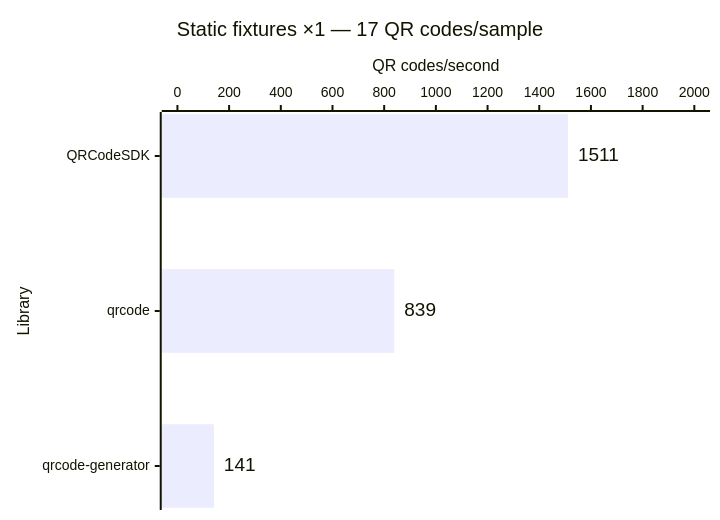
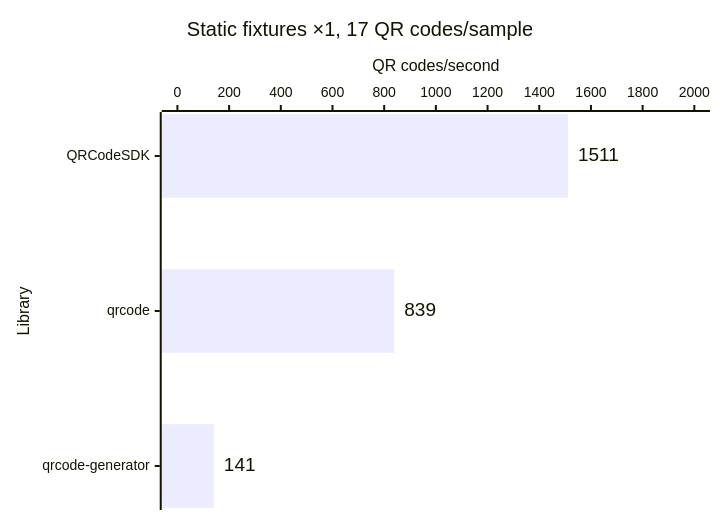
One commit to Dafnik/qrcodesdk changed the fifth of 14 diagrams in apps/docs/src/content/docs/learn/performance.md. Above: the diagram before and after it, drawn with Mermaid. The commit also changed other lines of this file and 86 other files, not shown here.

````diff
--- a/apps/docs/src/content/docs/learn/performance.md
+++ b/apps/docs/src/content/docs/learn/performance.md
@@ -115,15 +115,15 @@
 ```mermaid
 ---
 config:
   xyChart:
     showDataLabel: true
     showDataLabelOutsideBar: true
 ---
 xychart horizontal
-  accTitle: Automatic matrix generation: Static fixtures ×1 — 17 QR codes/sample
+  accTitle: Automatic matrix generation, Static fixtures ×1, 17 QR codes/sample
   accDescr: Throughput calculated from median time. QRCodeSDK 1,511 QR codes per second, qrcode 839 QR codes per second, qrcode-generator 141 QR codes per second. Higher is better.
-  title "Static fixtures ×1 — 17 QR codes/sample"
+  title "Static fixtures ×1, 17 QR codes/sample"
   x-axis "Library" ["QRCodeSDK", "qrcode", "qrcode-generator"]
   y-axis "QR codes/second" 0 --> 2000
   bar [1511, 839, 141]
 ```
````
